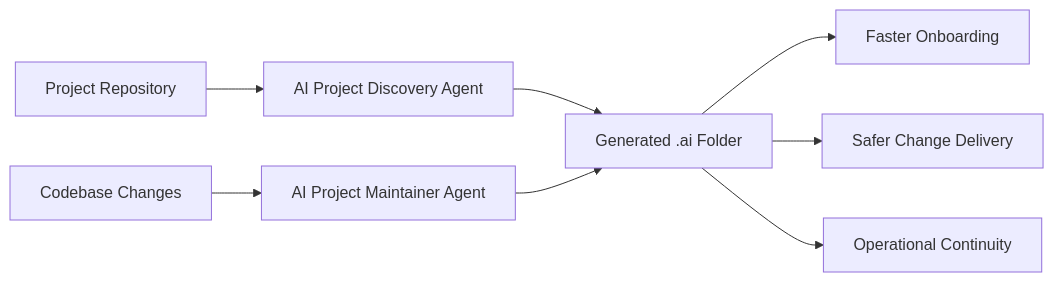
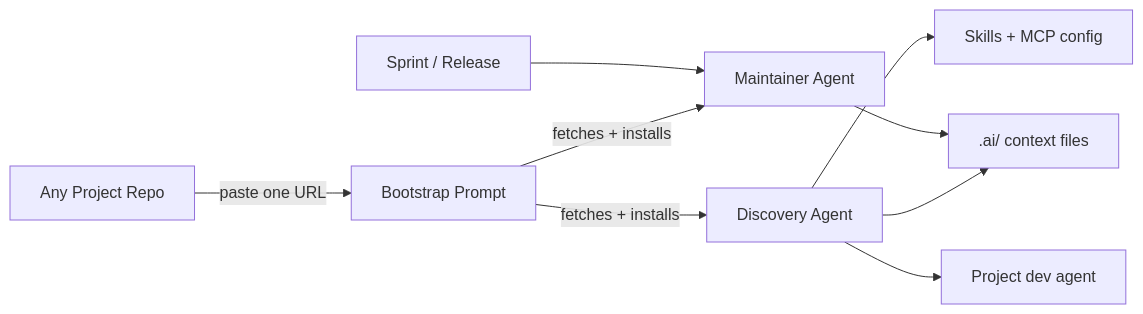
Before and after one commit to dept/beno-dept-internal-agentic-ms: the diagram in README.md, drawn with Mermaid. The commit also changed other lines of this file, not shown here.

First line of the commit message:
docs: rewrite README to reflect self-installing bootstrap flow

````diff
--- a/README.md
+++ b/README.md
@@ -15,10 +7,11 @@
 ```mermaid
 flowchart LR
-    A[Project Repository] --> B[AI Project Discovery Agent]
-    B --> C[Generated .ai Folder]
-    C --> D[Faster Onboarding]
-    C --> E[Safer Change Delivery]
-    C --> F[Operational Continuity]
-    G[Codebase Changes] --> H[AI Project Maintainer Agent]
-    H --> C
+    A[Any Project Repo] -->|paste one URL| B[Bootstrap Prompt]
+    B -->|fetches + installs| C[Discovery Agent]
+    B -->|fetches + installs| D[Maintainer Agent]
+    C --> E[.ai/ context files]
+    C --> F[Skills + MCP config]
+    C --> G[Project dev agent]
+    H[Sprint / Release] --> D
+    D --> E
 ```
````
